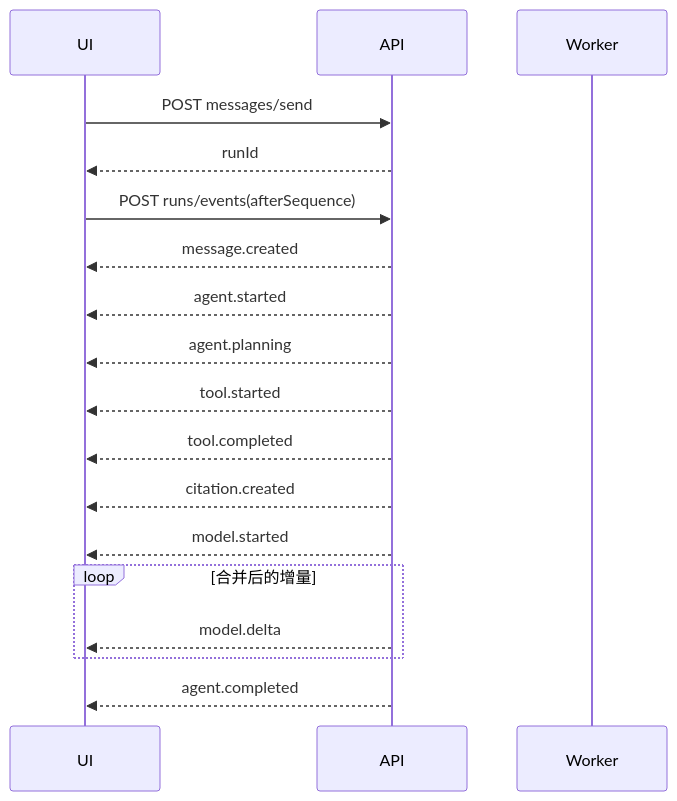
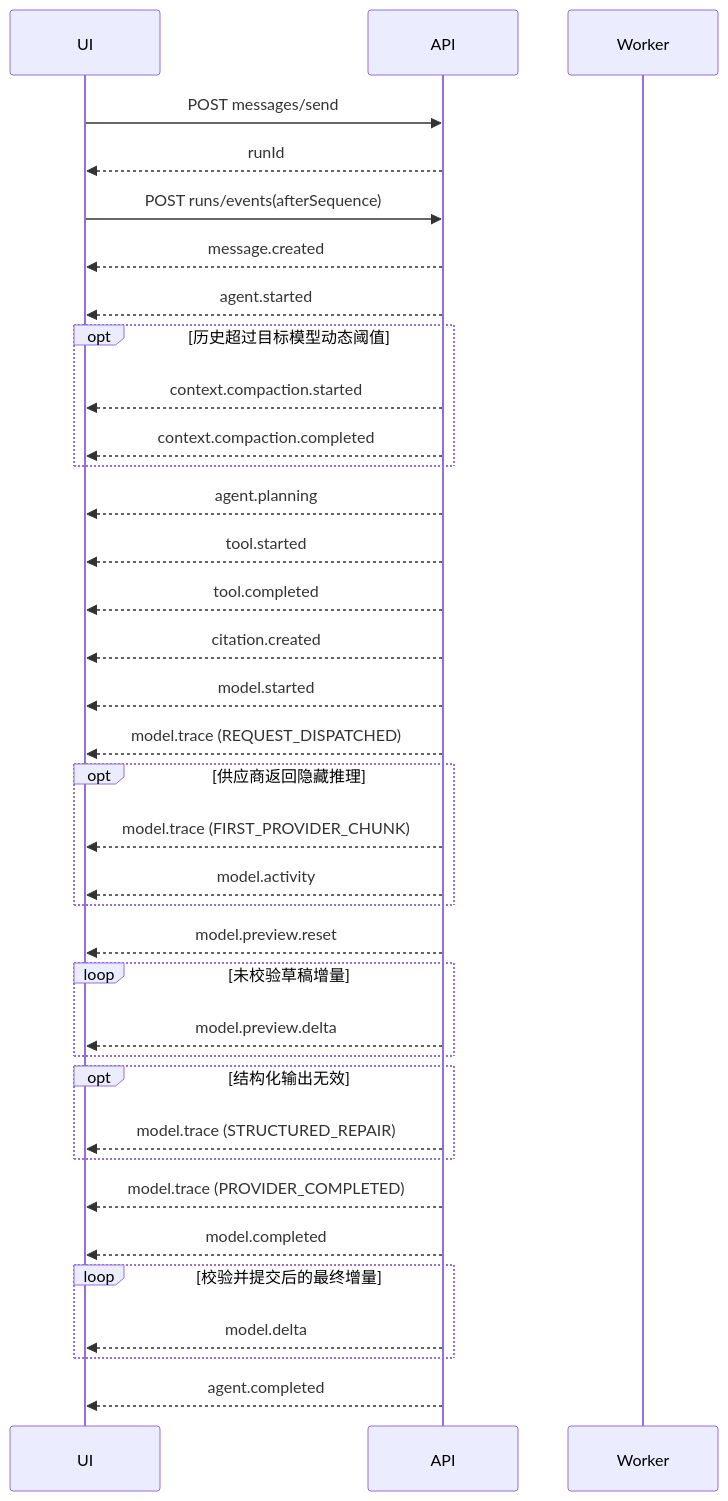
Before and after one commit to quant-code-cpx/server-code: the diagram in docs/agent/api/sse-events.md, drawn with Mermaid. The commit also changed other lines of this file and 240 other files, not shown here.

````diff
--- a/docs/agent/api/sse-events.md
+++ b/docs/agent/api/sse-events.md
@@ -67,20 +81,38 @@
 ```mermaid
 sequenceDiagram
   participant UI
   participant API
   participant Worker
   UI->>API: POST messages/send
   API-->>UI: runId
   UI->>API: POST runs/events(afterSequence)
   API-->>UI: message.created
   API-->>UI: agent.started
+  opt 历史超过目标模型动态阈值
+    API-->>UI: context.compaction.started
+    API-->>UI: context.compaction.completed
+  end
   API-->>UI: agent.planning
   API-->>UI: tool.started
   API-->>UI: tool.completed
   API-->>UI: citation.created
   API-->>UI: model.started
-  loop 合并后的增量
+  API-->>UI: model.trace (REQUEST_DISPATCHED)
+  opt 供应商返回隐藏推理
+    API-->>UI: model.trace (FIRST_PROVIDER_CHUNK)
+    API-->>UI: model.activity
+  end
+  API-->>UI: model.preview.reset
+  loop 未校验草稿增量
+    API-->>UI: model.preview.delta
+  end
+  opt 结构化输出无效
+    API-->>UI: model.trace (STRUCTURED_REPAIR)
+  end
+  API-->>UI: model.trace (PROVIDER_COMPLETED)
+  API-->>UI: model.completed
+  loop 校验并提交后的最终增量
     API-->>UI: model.delta
   end
   API-->>UI: agent.completed
 ```
````
